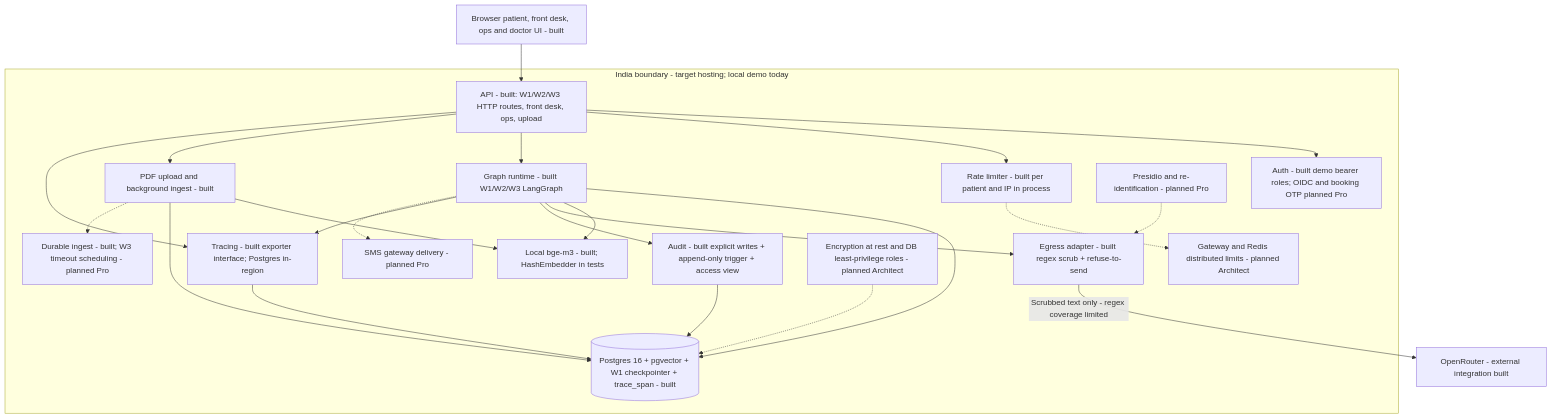
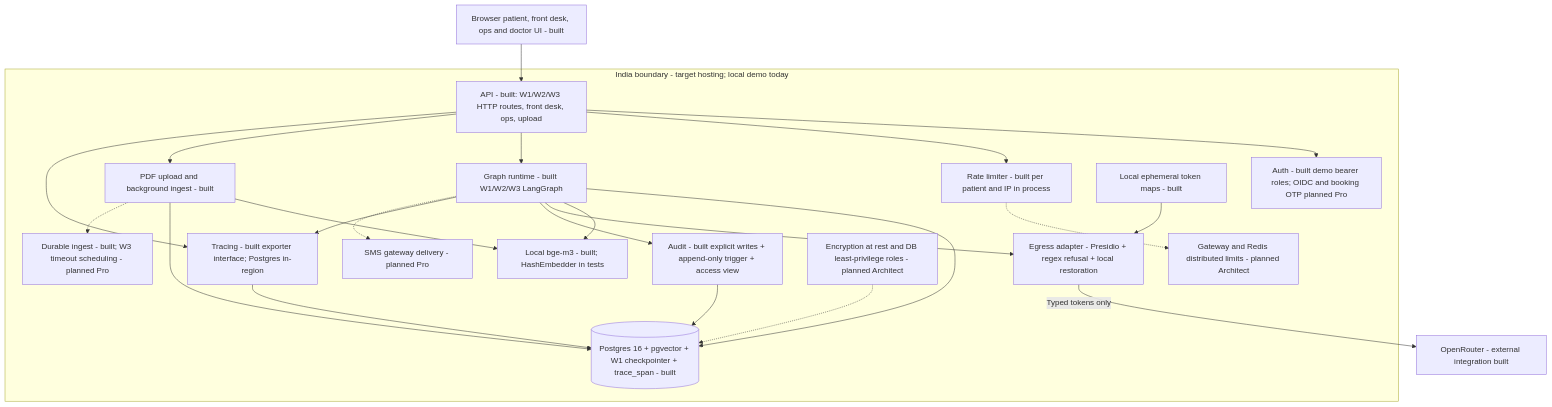
One commit to akilakuppuswamy1/Sahyog_care changed the diagram in docs/diagrams/container.md. Above: the diagram before and after it, drawn with Mermaid. The commit also changed other lines of this file and 23 other files, not shown here.

Commit message:
Pro-5: Presidio + Indian recognisers on every model call incl. hedges, re-identification in-region, 200-payload egress replay (0 hits), migration 011

````diff
--- a/docs/diagrams/container.md
+++ b/docs/diagrams/container.md
@@ -7,41 +7,41 @@
 ```mermaid
 flowchart TB
     UI[Browser patient, front desk, ops and doctor UI - built] --> API
     subgraph India[India boundary - target hosting; local demo today]
         API[API - built: W1/W2/W3 HTTP routes, front desk, ops, upload]
         AUTH[Auth - built demo bearer roles; OIDC and booking OTP planned Pro]
         RL[Rate limiter - built per patient and IP in process]
         GRAPH[Graph runtime - built W1/W2/W3 LangGraph]
         PG[(Postgres 16 + pgvector + W1 checkpointer + trace_span - built)]
         EMB[Local bge-m3 - built; HashEmbedder in tests]
         ING[PDF upload and background ingest - built]
-        EG[Egress adapter - built regex scrub + refuse-to-send]
+        EG[Egress adapter - Presidio + regex refusal + local restoration]
         AUD[Audit - built explicit writes + append-only trigger + access view]
         TRACE[Tracing - built exporter interface; Postgres in-region]
-        PHI[Presidio and re-identification - planned Pro]
+        PHI[Local ephemeral token maps - built]
         QUEUE[Durable ingest - built; W3 timeout scheduling - planned Pro]
         REDIS[Gateway and Redis distributed limits - planned Architect]
         CRYPTO[Encryption at rest and DB least-privilege roles - planned Architect]
         SMS[SMS gateway delivery - planned Pro]
         API --> AUTH
         API --> RL
         API --> GRAPH
         API --> ING
         ING --> EMB
         ING --> PG
         GRAPH --> PG
         GRAPH --> EMB
         GRAPH --> EG
         GRAPH --> AUD
         API --> TRACE
         GRAPH --> TRACE
         TRACE --> PG
         AUD --> PG
-        PHI -.-> EG
+        PHI --> EG
         ING -.-> QUEUE
         RL -.-> REDIS
         CRYPTO -.-> PG
         GRAPH -.-> SMS
     end
-    EG -->|Scrubbed text only - regex coverage limited| OR[OpenRouter - external integration built]
+    EG -->|Typed tokens only| OR[OpenRouter - external integration built]
 ```
````
